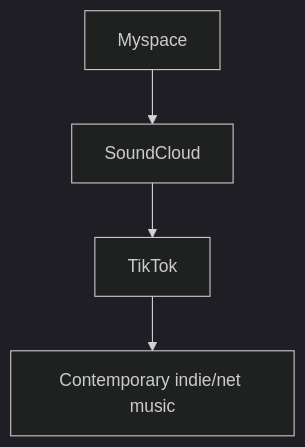
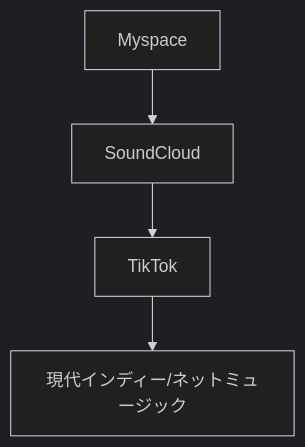
The third of 3 diagrams in en/_posts/2026-02-14-column-myspace.md (monumental-movement/monumental-movement.github.io), drawn with Mermaid (dark theme) before and after one commit. The commit also changed other lines of this file and 2196 other files, not shown here.

```diff
--- a/en/_posts/2026-02-14-column-myspace.md
+++ b/en/_posts/2026-02-14-column-myspace.md
@@ -119,6 +118,6 @@
 <div class="mermaid">
 flowchart TB
     A[Myspace] --> B[SoundCloud]
     B --> C[TikTok]
-    C --> D[Contemporary indie/net music]
+    C --> D[現代インディー/ネットミュージック]
 </div>
```
